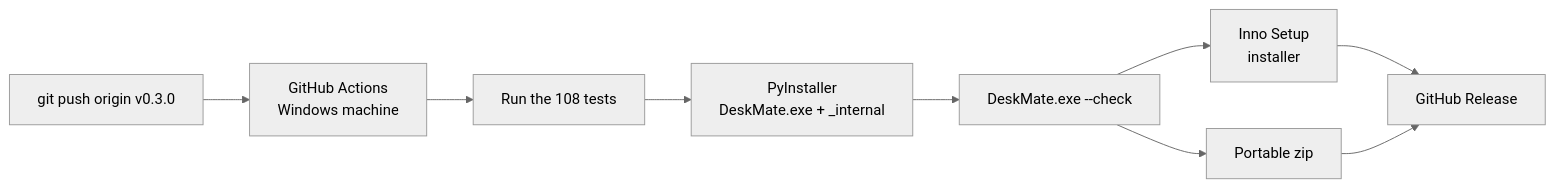
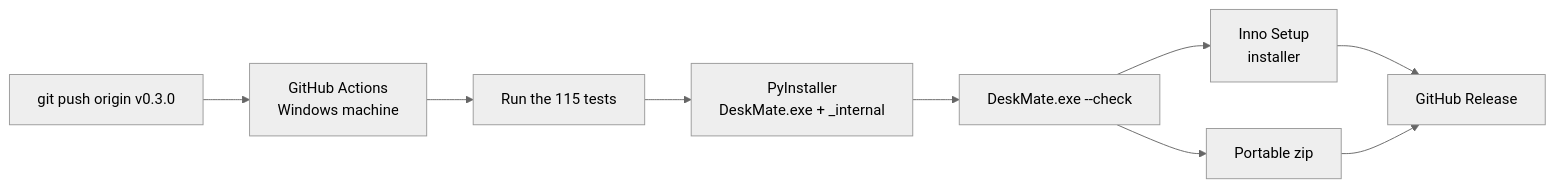
Before and after one commit to MuizKmz/deskmate: the third of 3 diagrams in TUTORIAL.md, drawn with Mermaid (neutral theme). The commit also changed other lines of this file and 9 other files, not shown here.

````diff
--- a/TUTORIAL.md
+++ b/TUTORIAL.md
@@ -411,11 +469,11 @@
 ```mermaid
 flowchart LR
     T["git push origin v0.3.0"] --> GA[GitHub Actions<br/>Windows machine]
-    GA --> TS[Run the 108 tests]
+    GA --> TS[Run the 115 tests]
     TS --> PI["PyInstaller<br/>DeskMate.exe + _internal"]
     PI --> CK["DeskMate.exe --check"]
     CK --> IS[Inno Setup<br/>installer]
     CK --> ZIP[Portable zip]
     IS --> R[GitHub Release]
     ZIP --> R
 ```
````
